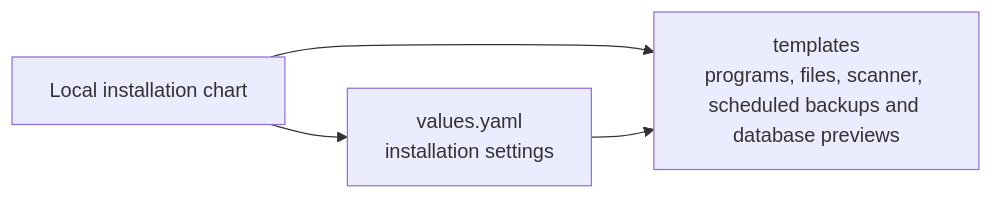
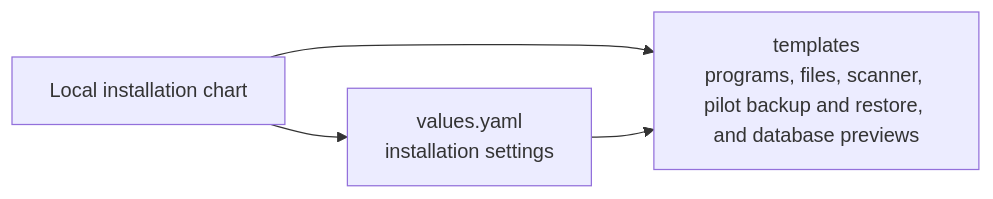
Before and after one commit to elewa-git/opencrane-new: the diagram in infra/package/chart/templates/README.md, drawn with Mermaid. The commit also changed other lines of this file and 280 other files, not shown here.

First line of the commit message:
Restore a pilot backup into an empty installation (#1153)

````diff
--- a/infra/package/chart/templates/README.md
+++ b/infra/package/chart/templates/README.md
@@ -51,6 +52,6 @@
 ```mermaid
 flowchart LR
-  chart["Local installation chart"] --> templates["templates<br/>programs, files, scanner, scheduled backups and database previews"]
+  chart["Local installation chart"] --> templates["templates<br/>programs, files, scanner, pilot backup and restore, and database previews"]
   chart --> values["values.yaml<br/>installation settings"]
   values --> templates
 ```
````
